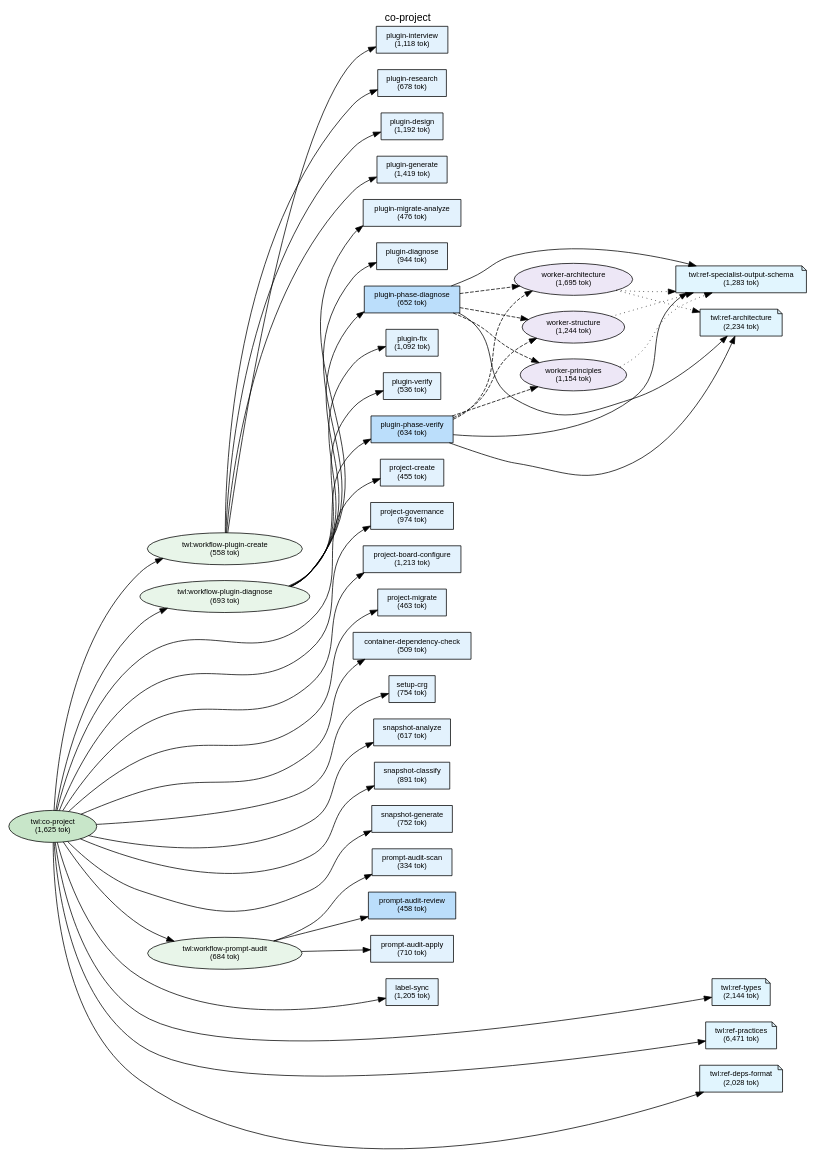
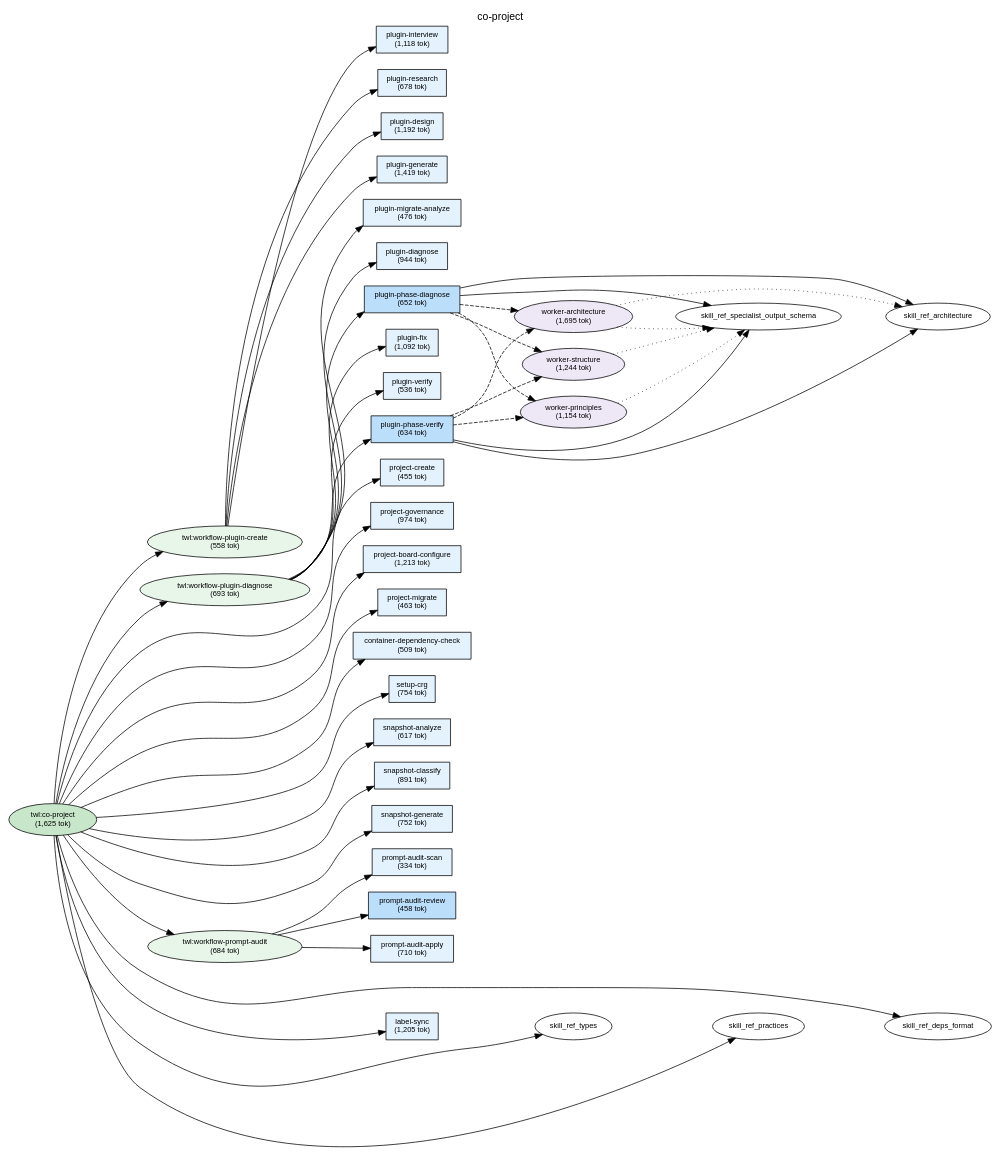
The diagram in plugins/twl/docs/deps-co-project.dot (shuu5/twill), drawn with Graphviz before and after one commit. The commit also changed 30 other files, not shown here.

```diff
--- a/plugins/twl/docs/deps-co-project.dot
+++ b/plugins/twl/docs/deps-co-project.dot
@@ -1,158 +1,152 @@
 digraph Dependencies {
     // Graph settings
     rankdir=LR;
     ranksep=0.8;
     nodesep=0.3;
     fontname="Helvetica";
     node [fontname="Helvetica", fontsize=10];
     edge [fontname="Helvetica", fontsize=9];
     label="co-project";
     labelloc=t;
     fontsize=14;
 
     // L0: Controller Skills
     skill_co_project [label="twl:co-project\n(1,625 tok)", shape=ellipse, style=filled, fillcolor="#c8e6c9"];
 
     // L0: Launchers
 
     // L0.5: Workflow Skills
     skill_workflow_plugin_create [label="twl:workflow-plugin-create\n(558 tok)", shape=ellipse, style=filled, fillcolor="#e8f5e9"];
     skill_workflow_plugin_diagnose [label="twl:workflow-plugin-diagnose\n(693 tok)", shape=ellipse, style=filled, fillcolor="#e8f5e9"];
     skill_workflow_prompt_audit [label="twl:workflow-prompt-audit\n(684 tok)", shape=ellipse, style=filled, fillcolor="#e8f5e9"];
 
     // Reference Skills
-    skill_ref_specialist_output_schema [label="twl:ref-specialist-output-schema\n(1,283 tok)", shape=note, style=filled, fillcolor="#e1f5fe"];
-    skill_ref_types [label="twl:ref-types\n(2,144 tok)", shape=note, style=filled, fillcolor="#e1f5fe"];
-    skill_ref_practices [label="twl:ref-practices\n(6,471 tok)", shape=note, style=filled, fillcolor="#e1f5fe"];
-    skill_ref_deps_format [label="twl:ref-deps-format\n(2,028 tok)", shape=note, style=filled, fillcolor="#e1f5fe"];
-    skill_ref_architecture [label="twl:ref-architecture\n(2,234 tok)", shape=note, style=filled, fillcolor="#e1f5fe"];
 
     // L1: Direct Commands
     cmd_label_sync [label="label-sync\n(1,205 tok)", shape=box, style=filled, fillcolor="#e3f2fd"];
     cmd_project_create [label="project-create\n(455 tok)", shape=box, style=filled, fillcolor="#e3f2fd"];
     cmd_project_board_configure [label="project-board-configure\n(1,213 tok)", shape=box, style=filled, fillcolor="#e3f2fd"];
     cmd_project_governance [label="project-governance\n(974 tok)", shape=box, style=filled, fillcolor="#e3f2fd"];
     cmd_project_migrate [label="project-migrate\n(463 tok)", shape=box, style=filled, fillcolor="#e3f2fd"];
     cmd_container_dependency_check [label="container-dependency-check\n(509 tok)", shape=box, style=filled, fillcolor="#e3f2fd"];
     cmd_setup_crg [label="setup-crg\n(754 tok)", shape=box, style=filled, fillcolor="#e3f2fd"];
     cmd_snapshot_analyze [label="snapshot-analyze\n(617 tok)", shape=box, style=filled, fillcolor="#e3f2fd"];
     cmd_snapshot_classify [label="snapshot-classify\n(891 tok)", shape=box, style=filled, fillcolor="#e3f2fd"];
     cmd_snapshot_generate [label="snapshot-generate\n(752 tok)", shape=box, style=filled, fillcolor="#e3f2fd"];
     cmd_plugin_interview [label="plugin-interview\n(1,118 tok)", shape=box, style=filled, fillcolor="#e3f2fd"];
     cmd_plugin_research [label="plugin-research\n(678 tok)", shape=box, style=filled, fillcolor="#e3f2fd"];
     cmd_plugin_design [label="plugin-design\n(1,192 tok)", shape=box, style=filled, fillcolor="#e3f2fd"];
     cmd_plugin_generate [label="plugin-generate\n(1,419 tok)", shape=box, style=filled, fillcolor="#e3f2fd"];
     cmd_plugin_migrate_analyze [label="plugin-migrate-analyze\n(476 tok)", shape=box, style=filled, fillcolor="#e3f2fd"];
     cmd_prompt_audit_scan [label="prompt-audit-scan\n(334 tok)", shape=box, style=filled, fillcolor="#e3f2fd"];
     cmd_prompt_audit_review [label="prompt-audit-review\n(458 tok)", shape=box, style=filled, fillcolor="#bbdefb"];
     cmd_prompt_audit_apply [label="prompt-audit-apply\n(710 tok)", shape=box, style=filled, fillcolor="#e3f2fd"];
     cmd_plugin_diagnose [label="plugin-diagnose\n(944 tok)", shape=box, style=filled, fillcolor="#e3f2fd"];
     cmd_plugin_fix [label="plugin-fix\n(1,092 tok)", shape=box, style=filled, fillcolor="#e3f2fd"];
     cmd_plugin_verify [label="plugin-verify\n(536 tok)", shape=box, style=filled, fillcolor="#e3f2fd"];
     cmd_plugin_phase_diagnose [label="plugin-phase-diagnose\n(652 tok)", shape=box, style=filled, fillcolor="#bbdefb"];
     cmd_plugin_phase_verify [label="plugin-phase-verify\n(634 tok)", shape=box, style=filled, fillcolor="#bbdefb"];
 
     // L2: Sub Commands
 
     // L3: Agents
     agent_worker_structure [label="worker-structure\n(1,244 tok)", shape=ellipse, style=filled, fillcolor="#ede7f6"];
     agent_worker_principles [label="worker-principles\n(1,154 tok)", shape=ellipse, style=filled, fillcolor="#ede7f6"];
     agent_worker_architecture [label="worker-architecture\n(1,695 tok)", shape=ellipse, style=filled, fillcolor="#ede7f6"];
 
     // L3.5: Scripts
 
     // L4: External
 
     // Layer constraints
     { rank=same; skill_co_project; }
     { rank=same; skill_workflow_plugin_create; skill_workflow_plugin_diagnose; skill_workflow_prompt_audit; }
-    { rank=same; skill_ref_specialist_output_schema; skill_ref_types; skill_ref_practices; skill_ref_deps_format; skill_ref_architecture; }
     { rank=same; cmd_label_sync; cmd_project_create; cmd_project_board_configure; cmd_project_governance; cmd_project_migrate; cmd_container_dependency_check; cmd_setup_crg; cmd_snapshot_analyze; cmd_snapshot_classify; cmd_snapshot_generate; cmd_plugin_interview; cmd_plugin_research; cmd_plugin_design; cmd_plugin_generate; cmd_plugin_migrate_analyze; cmd_prompt_audit_scan; cmd_prompt_audit_review; cmd_prompt_audit_apply; cmd_plugin_diagnose; cmd_plugin_fix; cmd_plugin_verify; cmd_plugin_phase_diagnose; cmd_plugin_phase_verify; }
     { rank=same; agent_worker_structure; agent_worker_principles; agent_worker_architecture; }
 
     // Edges
     skill_co_project -> cmd_project_create;
     skill_co_project -> cmd_project_governance;
     skill_co_project -> cmd_project_board_configure;
     skill_co_project -> cmd_project_migrate;
     skill_co_project -> cmd_container_dependency_check;
     skill_co_project -> cmd_setup_crg;
     skill_co_project -> cmd_snapshot_analyze;
     skill_co_project -> cmd_snapshot_classify;
     skill_co_project -> cmd_snapshot_generate;
     skill_co_project -> skill_workflow_plugin_create;
     skill_co_project -> skill_workflow_plugin_diagnose;
     skill_co_project -> skill_workflow_prompt_audit;
     skill_co_project -> cmd_label_sync;
     skill_co_project -> skill_ref_types;
     skill_co_project -> skill_ref_practices;
     skill_co_project -> skill_ref_deps_format;
     skill_workflow_plugin_create -> cmd_plugin_interview;
     skill_workflow_plugin_create -> cmd_plugin_research;
     skill_workflow_plugin_create -> cmd_plugin_design;
     skill_workflow_plugin_create -> cmd_plugin_generate;
     skill_workflow_plugin_diagnose -> cmd_plugin_migrate_analyze;
     skill_workflow_plugin_diagnose -> cmd_plugin_diagnose;
     skill_workflow_plugin_diagnose -> cmd_plugin_phase_diagnose;
     skill_workflow_plugin_diagnose -> cmd_plugin_fix;
     skill_workflow_plugin_diagnose -> cmd_plugin_verify;
     skill_workflow_plugin_diagnose -> cmd_plugin_phase_verify;
     skill_workflow_prompt_audit -> cmd_prompt_audit_scan;
     skill_workflow_prompt_audit -> cmd_prompt_audit_review;
     skill_workflow_prompt_audit -> cmd_prompt_audit_apply;
     cmd_plugin_phase_diagnose -> agent_worker_structure [style=dashed];
     cmd_plugin_phase_diagnose -> agent_worker_principles [style=dashed];
     cmd_plugin_phase_diagnose -> agent_worker_architecture [style=dashed];
     cmd_plugin_phase_diagnose -> skill_ref_specialist_output_schema;
     cmd_plugin_phase_diagnose -> skill_ref_architecture;
     cmd_plugin_phase_verify -> agent_worker_structure [style=dashed];
     cmd_plugin_phase_verify -> agent_worker_principles [style=dashed];
     cmd_plugin_phase_verify -> agent_worker_architecture [style=dashed];
     cmd_plugin_phase_verify -> skill_ref_specialist_output_schema;
     cmd_plugin_phase_verify -> skill_ref_architecture;
     agent_worker_structure -> skill_ref_specialist_output_schema [style=dotted];
     agent_worker_principles -> skill_ref_specialist_output_schema [style=dotted];
     agent_worker_architecture -> skill_ref_specialist_output_schema [style=dotted];
     agent_worker_architecture -> skill_ref_architecture [style=dotted];
 
     // Ordering constraints (invisible edges)
     cmd_project_create -> cmd_project_governance [style=invis, weight=10];
     cmd_project_governance -> cmd_project_board_configure [style=invis, weight=10];
     cmd_project_board_configure -> cmd_project_migrate [style=invis, weight=10];
     cmd_project_migrate -> cmd_container_dependency_check [style=invis, weight=10];
     cmd_container_dependency_check -> cmd_setup_crg [style=invis, weight=10];
     cmd_setup_crg -> cmd_snapshot_analyze [style=invis, weight=10];
     cmd_snapshot_analyze -> cmd_snapshot_classify [style=invis, weight=10];
     cmd_snapshot_classify -> cmd_snapshot_generate [style=invis, weight=10];
     cmd_snapshot_generate -> skill_workflow_plugin_create [style=invis, weight=10];
     skill_workflow_plugin_create -> skill_workflow_plugin_diagnose [style=invis, weight=10];
     skill_workflow_plugin_diagnose -> skill_workflow_prompt_audit [style=invis, weight=10];
     skill_workflow_prompt_audit -> cmd_label_sync [style=invis, weight=10];
     cmd_label_sync -> skill_ref_types [style=invis, weight=10];
     skill_ref_types -> skill_ref_practices [style=invis, weight=10];
     skill_ref_practices -> skill_ref_deps_format [style=invis, weight=10];
     cmd_plugin_interview -> cmd_plugin_research [style=invis, weight=10];
     cmd_plugin_research -> cmd_plugin_design [style=invis, weight=10];
     cmd_plugin_design -> cmd_plugin_generate [style=invis, weight=10];
     cmd_plugin_migrate_analyze -> cmd_plugin_diagnose [style=invis, weight=10];
     cmd_plugin_diagnose -> cmd_plugin_phase_diagnose [style=invis, weight=10];
     cmd_plugin_phase_diagnose -> cmd_plugin_fix [style=invis, weight=10];
     cmd_plugin_fix -> cmd_plugin_verify [style=invis, weight=10];
     cmd_plugin_verify -> cmd_plugin_phase_verify [style=invis, weight=10];
     cmd_prompt_audit_scan -> cmd_prompt_audit_review [style=invis, weight=10];
     cmd_prompt_audit_review -> cmd_prompt_audit_apply [style=invis, weight=10];
     agent_worker_structure -> agent_worker_principles [style=invis, weight=10];
     agent_worker_principles -> agent_worker_architecture [style=invis, weight=10];
     agent_worker_architecture -> skill_ref_specialist_output_schema [style=invis, weight=10];
     skill_ref_specialist_output_schema -> skill_ref_architecture [style=invis, weight=10];
     agent_worker_structure -> agent_worker_principles [style=invis, weight=10];
     agent_worker_principles -> agent_worker_architecture [style=invis, weight=10];
     agent_worker_architecture -> skill_ref_specialist_output_schema [style=invis, weight=10];
     skill_ref_specialist_output_schema -> skill_ref_architecture [style=invis, weight=10];
     agent_worker_structure -> agent_worker_principles [style=invis, weight=10];
     agent_worker_architecture -> agent_worker_structure [style=invis, weight=10];
     agent_worker_structure -> agent_worker_principles [style=invis, weight=10];
     agent_worker_principles -> skill_ref_specialist_output_schema [style=invis, weight=10];
     agent_worker_structure -> agent_worker_principles [style=invis, weight=10];
 
 }
```
